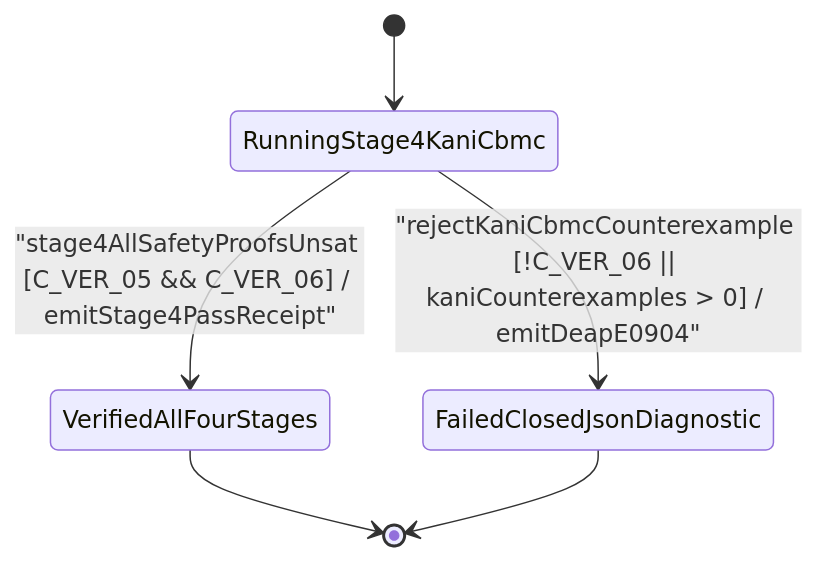
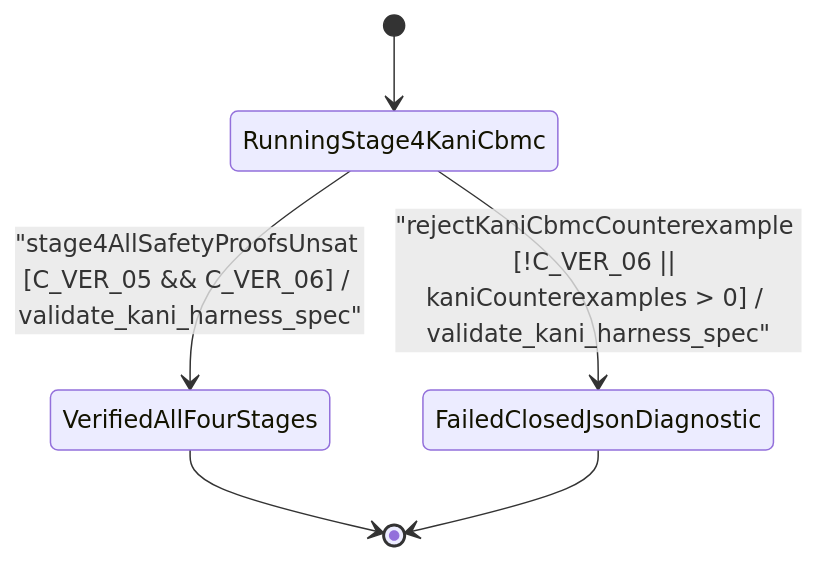
One commit to gintatkinson/DEAP01-spec-core changed the second of 2 diagrams in .pipeline/upstream/docs/user-stories/US-64-validate_kani_harness_spec.md. Above: the diagram before and after it, drawn with Mermaid. The commit also changed other lines of this file and 88 other files, not shown here.

````diff
--- a/.pipeline/upstream/docs/user-stories/US-64-validate_kani_harness_spec.md
+++ b/.pipeline/upstream/docs/user-stories/US-64-validate_kani_harness_spec.md
@@ -60,8 +55,8 @@
 ```mermaid
 stateDiagram-v2
     [*] --> RunningStage4KaniCbmc
-    RunningStage4KaniCbmc --> VerifiedAllFourStages : "stage4AllSafetyProofsUnsat [C_VER_05 && C_VER_06] / emitStage4PassReceipt"
-    RunningStage4KaniCbmc --> FailedClosedJsonDiagnostic : "rejectKaniCbmcCounterexample [!C_VER_06 || kaniCounterexamples > 0] / emitDeapE0904"
+    RunningStage4KaniCbmc --> VerifiedAllFourStages : "stage4AllSafetyProofsUnsat [C_VER_05 && C_VER_06] / validate_kani_harness_spec"
+    RunningStage4KaniCbmc --> FailedClosedJsonDiagnostic : "rejectKaniCbmcCounterexample [!C_VER_06 || kaniCounterexamples > 0] / validate_kani_harness_spec"
     VerifiedAllFourStages --> [*]
     FailedClosedJsonDiagnostic --> [*]
 ```
````
